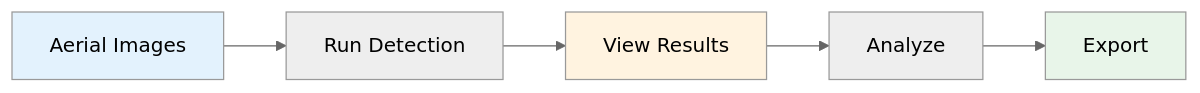
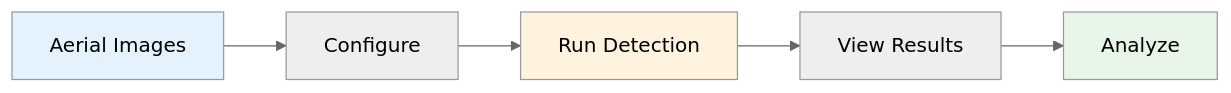
Before and after one commit to FadelMamar/wildetect: the diagram in docs/tutorials/end-to-end-detection.md, drawn with Mermaid (neutral theme). The commit also changed other lines of this file and 97 other files, not shown here.

````diff
--- a/docs/tutorials/end-to-end-detection.md
+++ b/docs/tutorials/end-to-end-detection.md
@@ -14,11 +14,11 @@
 ```mermaid
 graph LR
-    A[Aerial Images] --> B[Run Detection]
-    B --> C[View Results]
-    C --> D[Analyze]
-    D --> E[Export]
+    A[Aerial Images] --> B[Configure]
+    B --> C[Run Detection]
+    C --> D[View Results]
+    D --> E[Analyze]
     
     style A fill:#e3f2fd
     style C fill:#fff3e0
     style E fill:#e8f5e9
 ```
````
